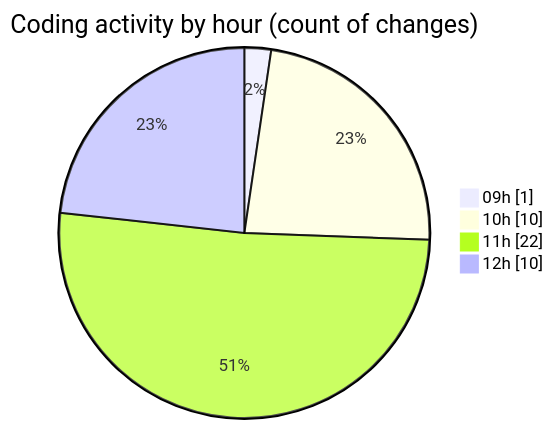
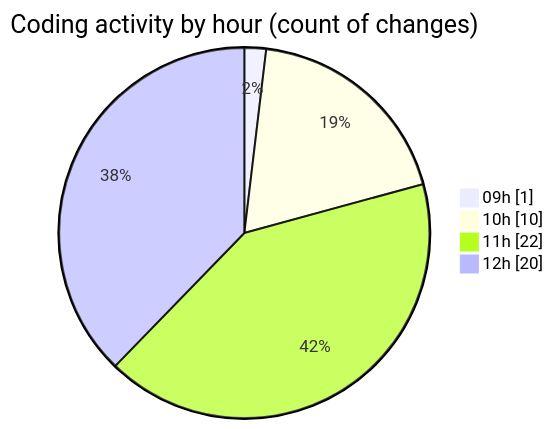
Before and after one commit to momahboobian/code-tracking: the second of 2 diagrams in 2025-07-09/cda/README.md, drawn with Mermaid. The commit also changed other lines of this file and 1 other file, not shown here.

````diff
--- a/2025-07-09/cda/README.md
+++ b/2025-07-09/cda/README.md
@@ -44,8 +45,8 @@
 ```mermaid
 pie showData
 title Coding activity by hour (count of changes)
 "09h" : 1
 "10h" : 10
 "11h" : 22
-"12h" : 10
+"12h" : 20
 ```
````
